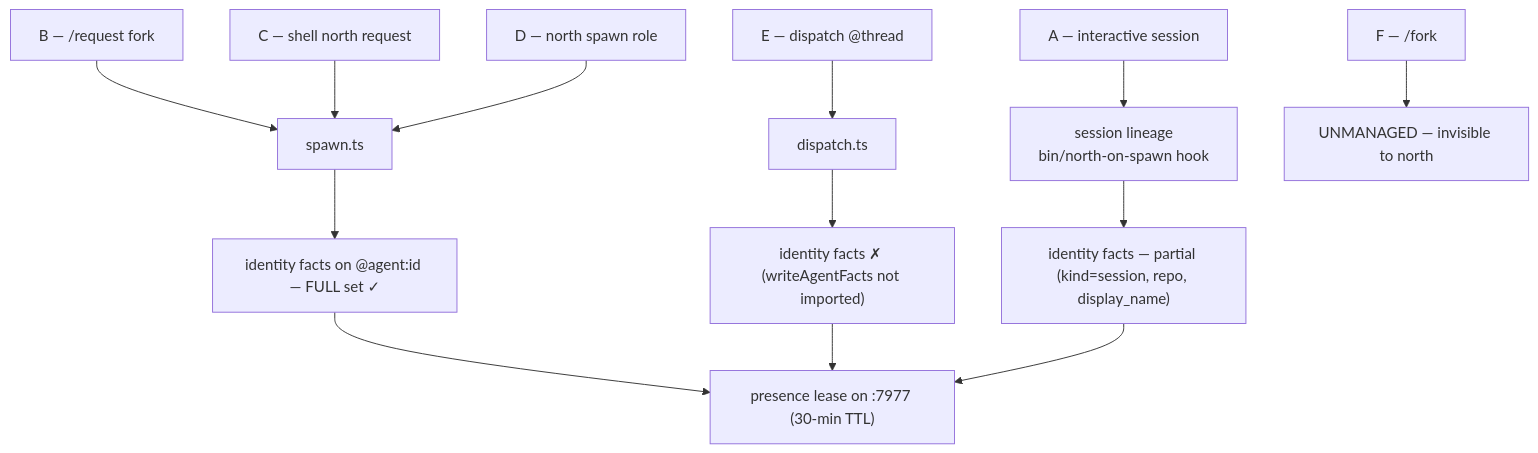
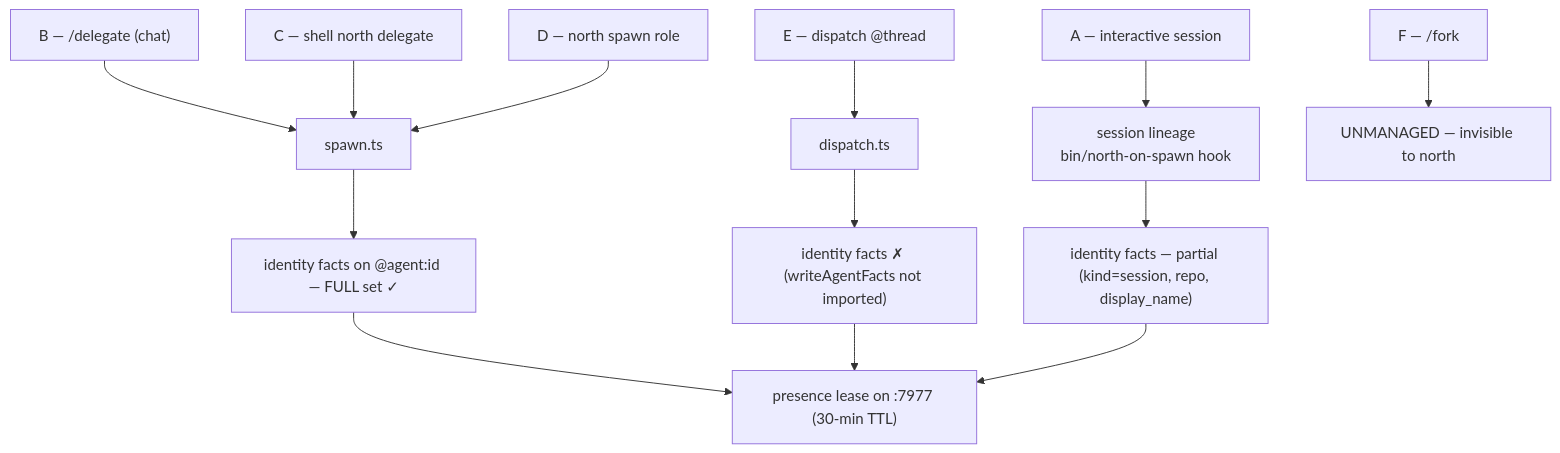
The second of 10 diagrams in dotfiles/claude/docs/workflow-map.md (tompassarelli/firn), drawn with Mermaid before and after one commit. The commit also changed other lines of this file and 1 other file, not shown here.

First line of the commit message:
claude: unify /request + /offload into /delegate (context as parameter)

````diff
--- a/dotfiles/claude/docs/workflow-map.md
+++ b/dotfiles/claude/docs/workflow-map.md
@@ -78,15 +78,15 @@
 ```mermaid
 flowchart TD
     A["A — interactive session"] --> SES["session lineage<br/>bin/north-on-spawn hook"]
-    B["B — /request fork"] --> SP["spawn.ts"]
-    C["C — shell north request"] --> SP
+    B["B — /delegate (chat)"] --> SP["spawn.ts"]
+    C["C — shell north delegate"] --> SP
     D["D — north spawn role"] --> SP
     E["E — dispatch @thread"] --> DI["dispatch.ts"]
     F["F — /fork"] --> X["UNMANAGED — invisible to north"]
     SP --> IDF["identity facts on @agent:id — FULL set ✓"]
     DI --> NOID["identity facts ✗ (writeAgentFacts not imported)"]
     SES --> PART["identity facts — partial (kind=session, repo, display_name)"]
     IDF --> P["presence lease on :7977 (30-min TTL)"]
     NOID --> P
     PART --> P
 ```
````
